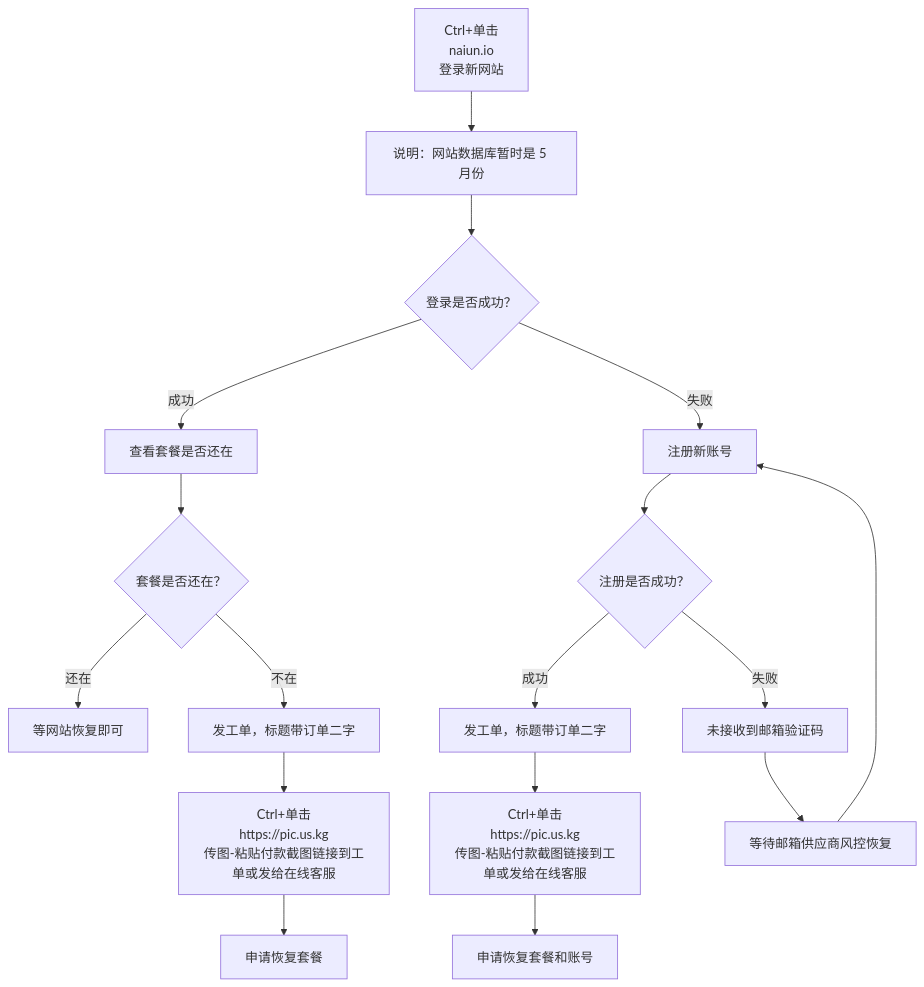
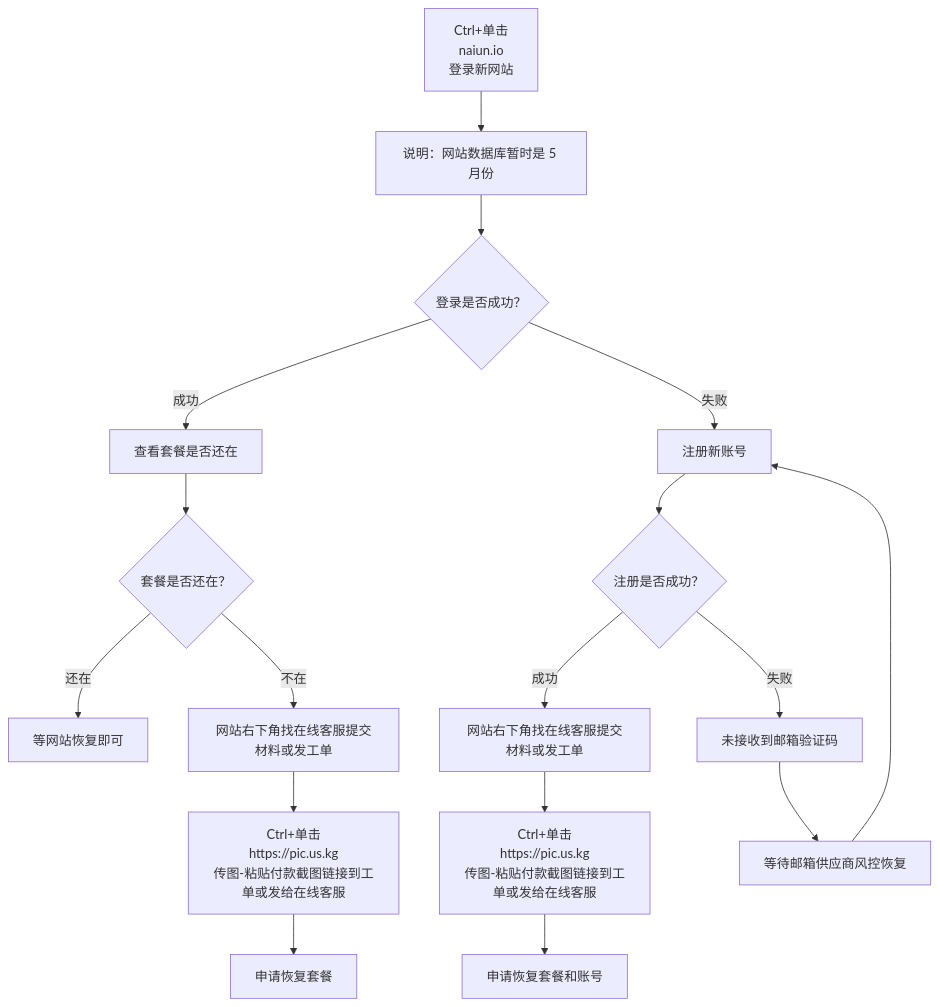
One commit to jdnei/naiyun changed the diagram in README.md. Above: the diagram before and after it, drawn with Mermaid. The commit also changed other lines of this file, not shown here.

````diff
--- a/README.md
+++ b/README.md
@@ -160,29 +160,29 @@
 ```mermaid
 flowchart TD
     A["Ctrl+单击<br/>naiun.io<br/>登录新网站"]
     A --> C[说明：网站数据库暂时是 5 月份]
     C --> D{登录是否成功？}
 
     D -->|成功| E[查看套餐是否还在]
     E --> F{套餐是否还在？}
 
     F -->|还在| G[等网站恢复即可]
-    F -->|不在| H[发工单，标题带订单二字]
+    F -->|不在| H[网站右下角找在线客服提交材料或发工单]
     H --> I["Ctrl+单击<br/>https://pic.us.kg<br/>传图-粘贴付款截图链接到工单或发给在线客服"]
     I --> J[申请恢复套餐]
 
     D -->|失败| K[注册新账号]
     K --> L{注册是否成功？}
 
-    L -->|成功| M[发工单，标题带订单二字]
+    L -->|成功| M[网站右下角找在线客服提交材料或发工单]
     M --> N["Ctrl+单击<br/>https://pic.us.kg<br/>传图-粘贴付款截图链接到工单或发给在线客服"]
     N --> O[申请恢复套餐和账号]
 
     L -->|失败| P[未接收到邮箱验证码]
     P --> Q[等待邮箱供应商风控恢复]
     Q --> K
 
     click A "https://naiun.io/#/register?code=KacwlzHN" "打开 naiun.io" _blank
     click I "https://pic.us.kg" "打开 pic.us.kg" _blank
     click N "https://pic.us.kg" "打开 pic.us.kg" _blank
 ```
````
